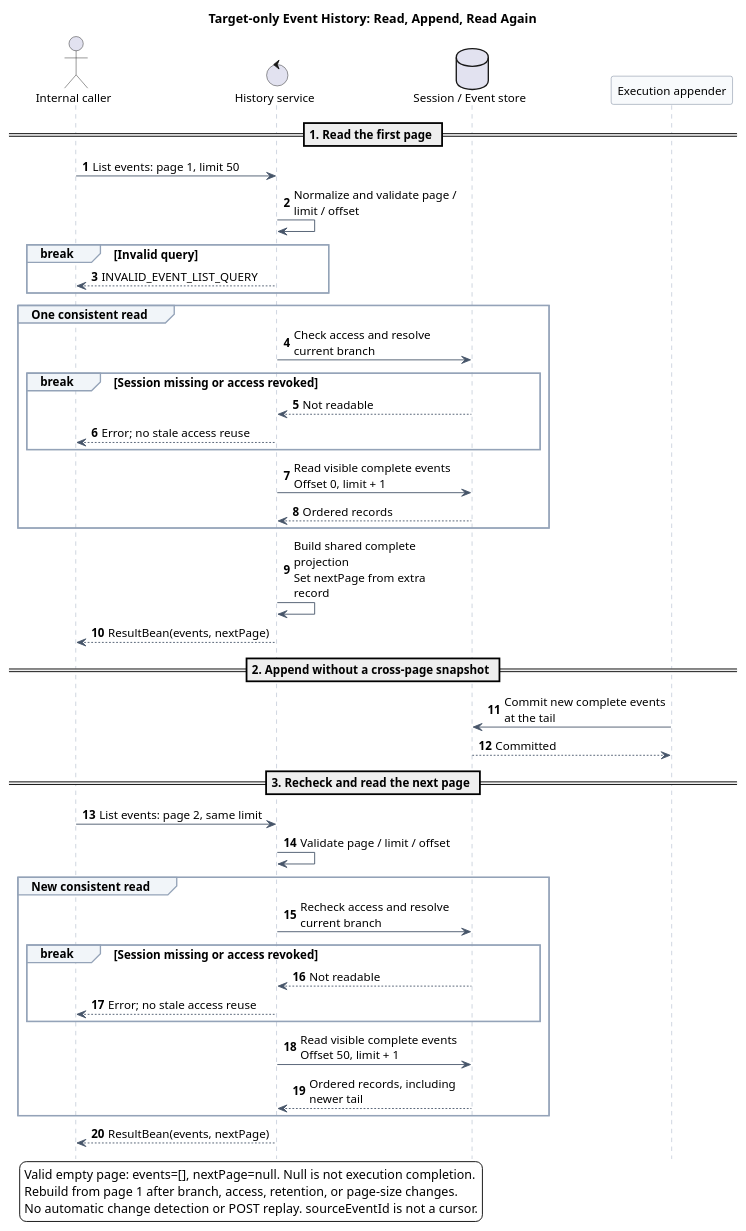
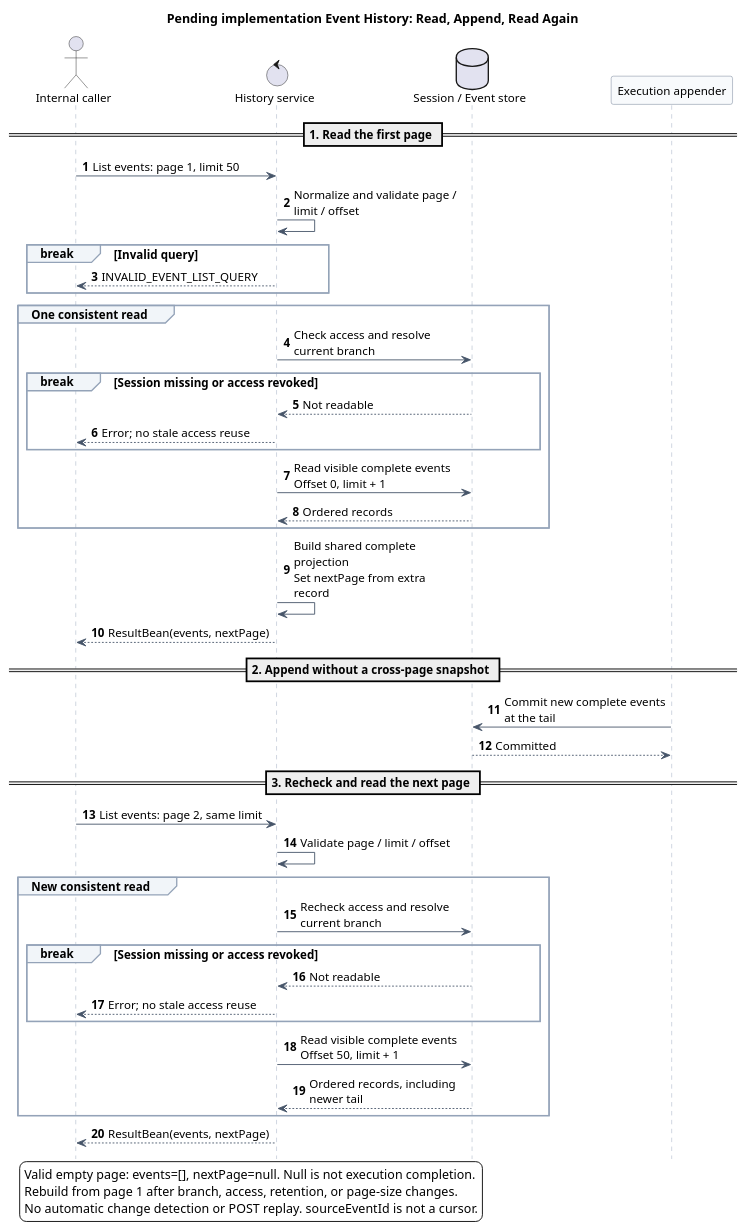
Before and after one commit to ssm0808/pi-mono-java-design: the second of 2 diagrams in 01-总体架构/01-CampusClaw多Agent运行时/设计图/事件历史查询/diagram.puml, drawn with PlantUML. The commit also changed other lines of this file and 182 other files, not shown here.

```diff
--- a/01-总体架构/01-CampusClaw多Agent运行时/设计图/事件历史查询/diagram.puml
+++ b/01-总体架构/01-CampusClaw多Agent运行时/设计图/事件历史查询/diagram.puml
@@ -64,65 +64,65 @@
 @startuml target_event_history_paging
 ' Source baseline: pi-mono-java dfb90cac4e233e09a0b8f047f7e9f4682f5ad238
 ' Source: campusclaw/src/main/resources/mapper/session/RuntimeSessionMapper.xml, listCurrentBranch.
 ' Source: campusclaw/src/main/java/com/huawei/hicampus/claw/codingagent/runtimeapi/event/RuntimeEventQueryService.java, list/pageOf.
 ' Observed behavior: each current query resolves active_leaf_id again.
 ' Design reason: user approved ordinary pages without cross-request snapshots.
-' Target-only: default 50, max 200, events/nextPage and empty-page success confirmed.
+' Pending implementation: default 50, max 200, events/nextPage and empty-page success confirmed.
 autonumber
 hide footbox
 skinparam backgroundColor white
 skinparam shadowing false
 skinparam defaultFontSize 13
 skinparam maxMessageSize 190
 skinparam sequence {
   ArrowColor #475569
   LifeLineBorderColor #94A3B8
   ParticipantBorderColor #64748B
   ParticipantBackgroundColor #F8FAFC
   GroupBorderColor #94A3B8
   GroupBackgroundColor #F1F5F9
 }
-title Target-only Event History: Read, Append, Read Again
+title Pending implementation Event History: Read, Append, Read Again
 actor "Internal caller" as C
 control "History service" as Q
 database "Session / Event store" as D
 participant "Execution appender" as A
 == 1. Read the first page ==
 C -> Q : List events: page 1, limit 50
 Q -> Q : Normalize and validate page / limit / offset
 break Invalid query
   Q --> C : INVALID_EVENT_LIST_QUERY
 end
 group One consistent read
   Q -> D : Check access and resolve current branch
   break Session missing or access revoked
     D --> Q : Not readable
     Q --> C : Error; no stale access reuse
   end
   Q -> D : Read visible complete events\nOffset 0, limit + 1
   D --> Q : Ordered records
 end
 Q -> Q : Build shared complete projection\nSet nextPage from extra record
 Q --> C : ResultBean(events, nextPage)
 == 2. Append without a cross-page snapshot ==
 A -> D : Commit new complete events at the tail
 D --> A : Committed
 == 3. Recheck and read the next page ==
 C -> Q : List events: page 2, same limit
 Q -> Q : Validate page / limit / offset
 group New consistent read
   Q -> D : Recheck access and resolve current branch
   break Session missing or access revoked
     D --> Q : Not readable
     Q --> C : Error; no stale access reuse
   end
   Q -> D : Read visible complete events\nOffset 50, limit + 1
   D --> Q : Ordered records, including newer tail
 end
 Q --> C : ResultBean(events, nextPage)
 legend bottom left
 Valid empty page: events=[], nextPage=null. Null is not execution completion.
 Rebuild from page 1 after branch, access, retention, or page-size changes.
 No automatic change detection or POST replay. sourceEventId is not a cursor.
 endlegend
 @enduml
```
